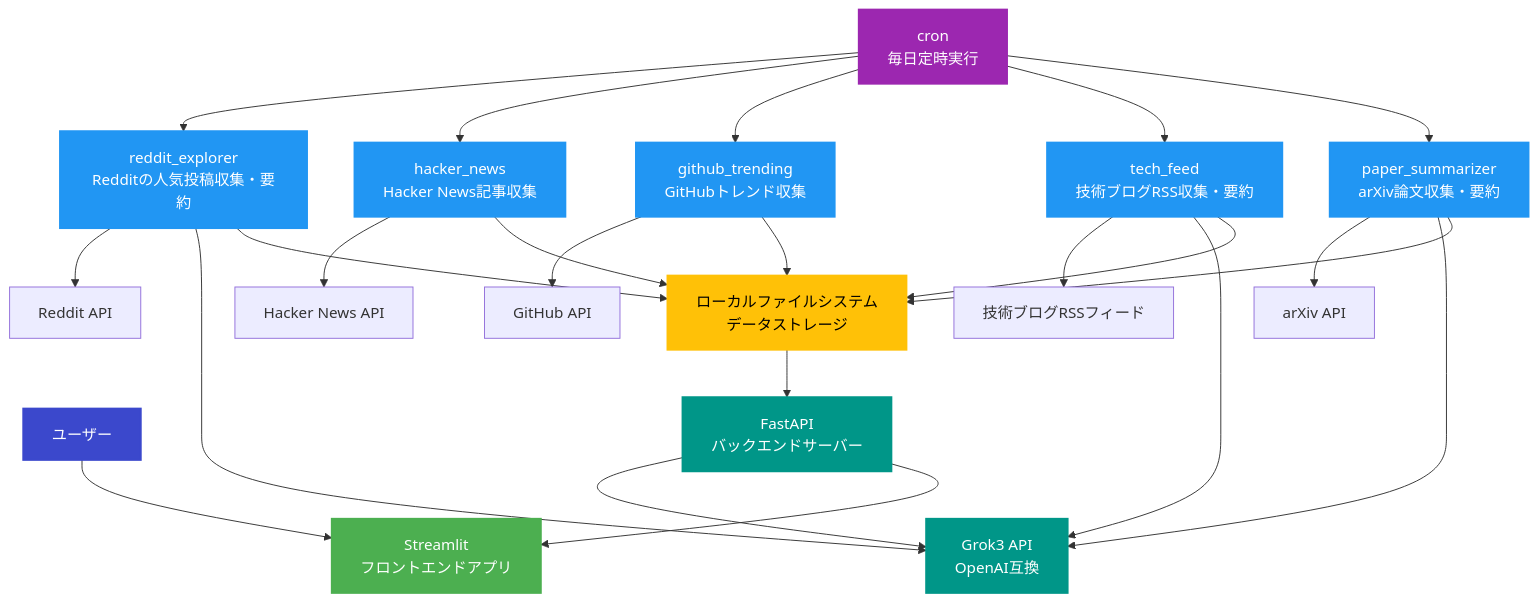
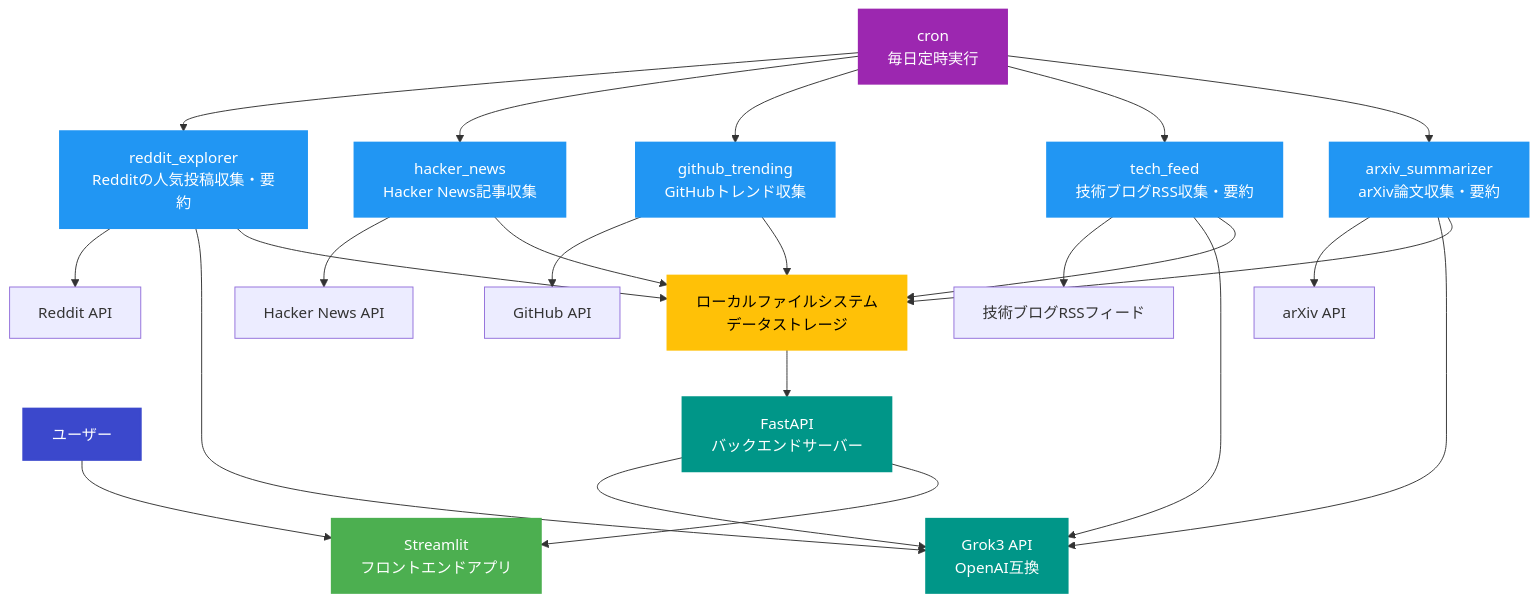
Before and after one commit to penpon/nook: the first of 2 diagrams in doc/new_detail_software.design.md, drawn with Mermaid. The commit also changed other lines of this file and 9 other files, not shown here.

First line of the commit message:
TASK-045: ArXivサービス名完全統一（paper_summarizer → arxiv_summarizer）

````diff
--- a/doc/new_detail_software.design.md
+++ b/doc/new_detail_software.design.md
@@ -35,60 +35,60 @@
 ```mermaid
 graph TD
     %% スタイル定義
     classDef apiStyle fill:#009688,stroke:#009688,stroke-width:2px,color:white;
     classDef storageStyle fill:#FFC107,stroke:#FFC107,stroke-width:2px,color:black;
     classDef cronStyle fill:#9C27B0,stroke:#9C27B0,stroke-width:2px,color:white;
     classDef serviceStyle fill:#2196F3,stroke:#2196F3,stroke-width:2px,color:white;
     classDef userStyle fill:#3B48CC,stroke:#3B48CC,stroke-width:2px,color:white;
     classDef frontendStyle fill:#4CAF50,stroke:#4CAF50,stroke-width:2px,color:white;
 
     %% ノード定義
     User[ユーザー]:::userStyle
     Cron[cron<br>毎日定時実行]:::cronStyle
     LocalStorage[ローカルファイルシステム<br>データストレージ]:::storageStyle
     Grok3API[Grok3 API<br>OpenAI互換]:::apiStyle
     FastAPI[FastAPI<br>バックエンドサーバー]:::apiStyle
     Streamlit[Streamlit<br>フロントエンドアプリ]:::frontendStyle
 
     %% サービス
     RedditExplorer[reddit_explorer<br>Redditの人気投稿収集・要約]:::serviceStyle
     HackerNews[hacker_news<br>Hacker News記事収集]:::serviceStyle
     GitHubTrending[github_trending<br>GitHubトレンド収集]:::serviceStyle
     TechFeed[tech_feed<br>技術ブログRSS収集・要約]:::serviceStyle
-    PaperSummarizer[paper_summarizer<br>arXiv論文収集・要約]:::serviceStyle
+    ArxivSummarizer[arxiv_summarizer<br>arXiv論文収集・要約]:::serviceStyle
 
     %% 外部情報源
     Reddit[Reddit API]
     HNSource[Hacker News API]
     GitHub[GitHub API]
     RSSFeeds[技術ブログRSSフィード]
     ArXiv[arXiv API]
 
     %% 接続関係
     Cron --> RedditExplorer
     Cron --> HackerNews
     Cron --> GitHubTrending
     Cron --> TechFeed
-    Cron --> PaperSummarizer
+    Cron --> ArxivSummarizer
 
     RedditExplorer --> Reddit
     HackerNews --> HNSource
     GitHubTrending --> GitHub
     TechFeed --> RSSFeeds
-    PaperSummarizer --> ArXiv
+    ArxivSummarizer --> ArXiv
 
     RedditExplorer --> Grok3API
     TechFeed --> Grok3API
-    PaperSummarizer --> Grok3API
+    ArxivSummarizer --> Grok3API
     FastAPI --> Grok3API
 
     RedditExplorer --> LocalStorage
     HackerNews --> LocalStorage
     GitHubTrending --> LocalStorage
     TechFeed --> LocalStorage
-    PaperSummarizer --> LocalStorage
+    ArxivSummarizer --> LocalStorage
 
     LocalStorage --> FastAPI
     FastAPI --> Streamlit
     User --> Streamlit
 ```
````
